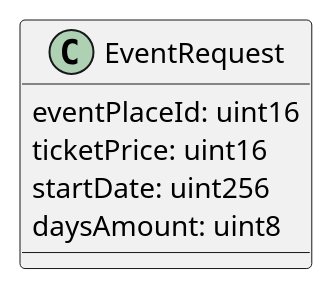
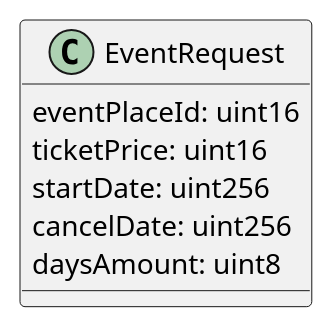
Before and after one commit to ai-shift/cyber-valley-tickets: the fifth of 25 diagrams in README.org, drawn with PlantUML. The commit also changed other lines of this file and 9 other files, not shown here.

```diff
--- a/README.org
+++ b/README.org
@@ -166,8 +166,9 @@
 #+begin_src plantuml :file ./img/event-request.png
 class EventRequest {
   eventPlaceId: uint16
   ticketPrice: uint16
   startDate: uint256
+  cancelDate: uint256
   daysAmount: uint8
 }
 #+end_src
```
